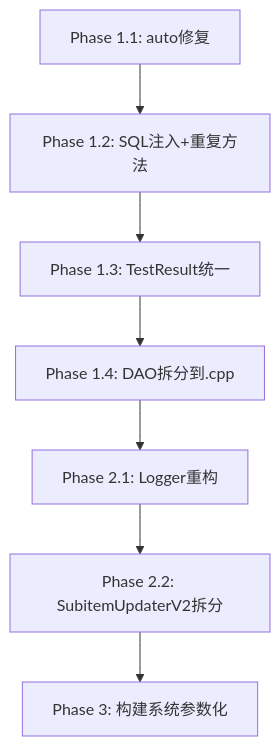
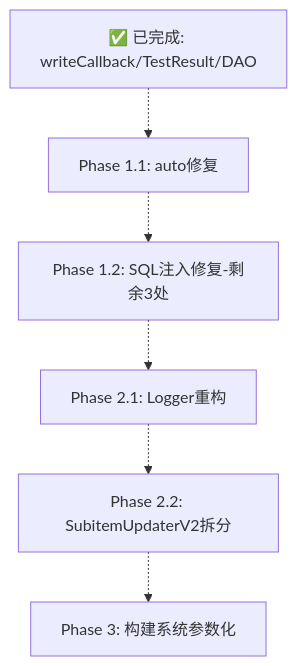
Before and after one commit to zaoweiruan/multiple_thread_validproxy: the diagram in docs/plans/2026-06-11-Spec-Refactoring-Phase1-v1.0.md, drawn with Mermaid. The commit also changed other lines of this file and 22 other files, not shown here.

````diff
--- a/docs/plans/2026-06-11-Spec-Refactoring-Phase1-v1.0.md
+++ b/docs/plans/2026-06-11-Spec-Refactoring-Phase1-v1.0.md
@@ -210,9 +208,9 @@
 ```mermaid
 graph TD
-    A[Phase 1.1: auto修复] --> B[Phase 1.2: SQL注入+重复方法]
-    B --> C[Phase 1.3: TestResult统一]
-    C --> D[Phase 1.4: DAO拆分到.cpp]
-    D --> E[Phase 2.1: Logger重构]
-    E --> F[Phase 2.2: SubitemUpdaterV2拆分]
-    F --> G[Phase 3: 构建系统参数化]
+    A[Phase 1.1: auto修复] -.-> B[Phase 1.2: SQL注入修复-剩余3处]
+    B -.-> C[Phase 2.1: Logger重构]
+    C -.-> D[Phase 2.2: SubitemUpdaterV2拆分]
+    D -.-> E[Phase 3: 构建系统参数化]
+    
+    F[✅ 已完成: writeCallback/TestResult/DAO] -.-> A
 ```
````
